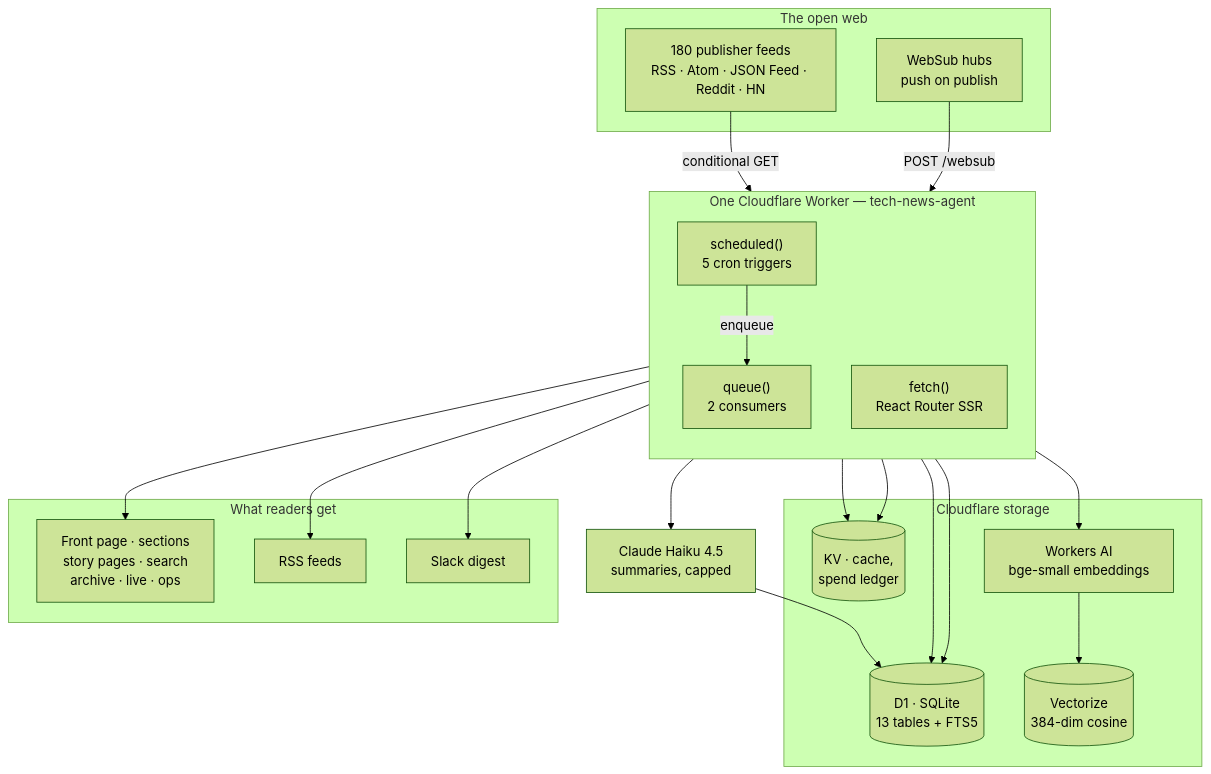
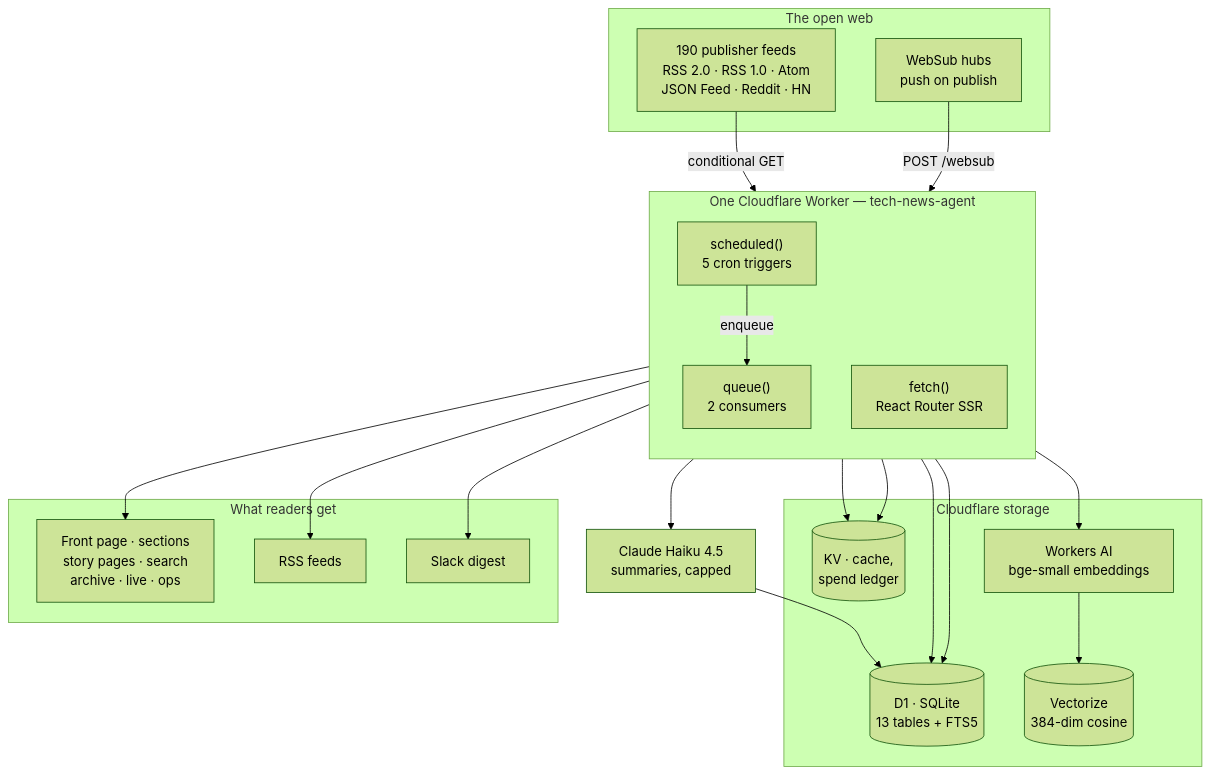
The first of 7 diagrams in docs/ARCHITECTURE.md (astroboy1183/tech-news-agent), drawn with Mermaid (forest theme) before and after one commit. The commit also changed other lines of this file, not shown here.

````diff
--- a/docs/ARCHITECTURE.md
+++ b/docs/ARCHITECTURE.md
@@ -23,44 +23,44 @@
 ```mermaid
 flowchart TB
     subgraph WORLD["The open web"]
-        FEEDS["180 publisher feeds<br/>RSS · Atom · JSON Feed · Reddit · HN"]
+        FEEDS["190 publisher feeds<br/>RSS 2.0 · RSS 1.0 · Atom<br/>JSON Feed · Reddit · HN"]
         HUBS["WebSub hubs<br/>push on publish"]
     end
 
     subgraph CF["One Cloudflare Worker — tech-news-agent"]
         direction TB
         SCHED["scheduled()<br/>5 cron triggers"]
         QUEUE["queue()<br/>2 consumers"]
         FETCH["fetch()<br/>React Router SSR"]
     end
 
     subgraph STORE["Cloudflare storage"]
         D1[("D1 · SQLite<br/>13 tables + FTS5")]
         KV[("KV · cache,<br/>spend ledger")]
         VEC[("Vectorize<br/>384-dim cosine")]
         AI["Workers AI<br/>bge-small embeddings"]
     end
 
     CLAUDE["Claude Haiku 4.5<br/>summaries, capped"]
 
     subgraph OUT["What readers get"]
         WEB["Front page · sections<br/>story pages · search<br/>archive · live · ops"]
         RSS["RSS feeds"]
         SLACK["Slack digest"]
     end
 
     FEEDS -->|"conditional GET"| QUEUE
     HUBS -->|"POST /websub"| FETCH
     SCHED -->|"enqueue"| QUEUE
     QUEUE --> D1
     QUEUE --> AI
     AI --> VEC
     QUEUE --> CLAUDE
     CLAUDE --> D1
     SCHED --> KV
     FETCH --> D1
     FETCH --> KV
     FETCH --> WEB
     FETCH --> RSS
     SCHED --> SLACK
 ```
````
